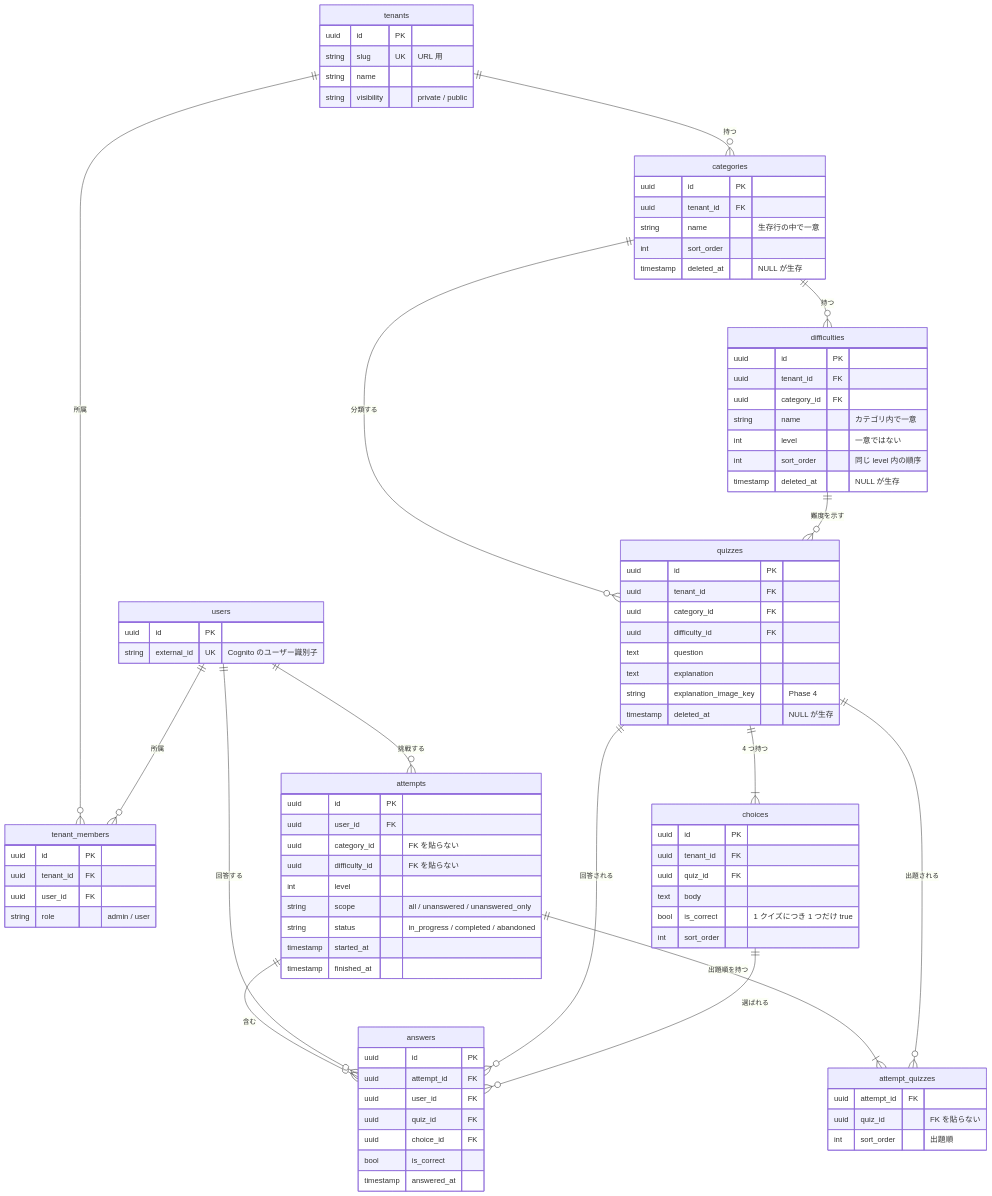
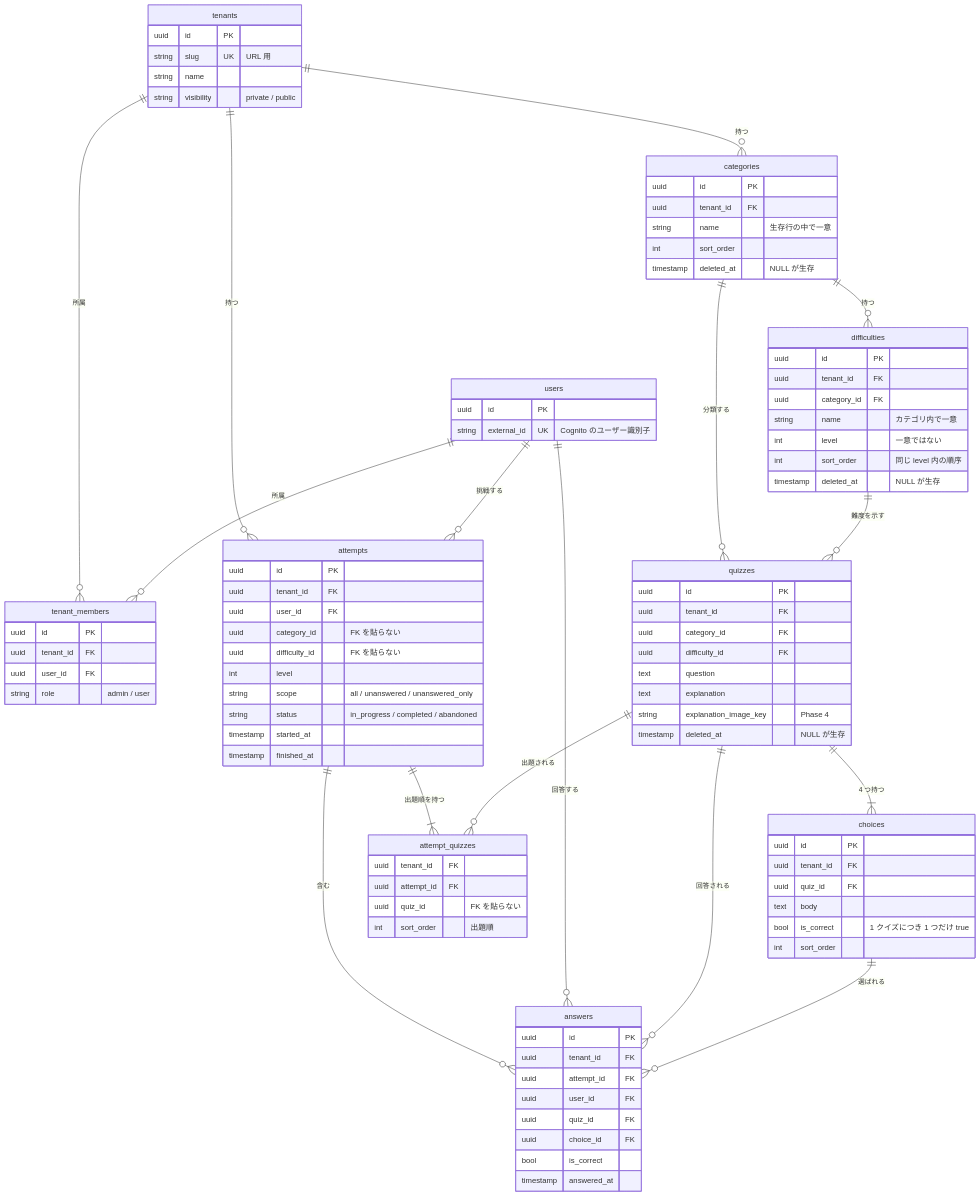
Before and after one commit to fujitamasayoshi0402/quiz-app: the diagram in docs/domain-model.md, drawn with Mermaid. The commit also changed other lines of this file and 7 other files, not shown here.

```diff
--- a/docs/domain-model.md
+++ b/docs/domain-model.md
@@ -273,6 +273,7 @@
     tenants ||--o{ tenant_members : "所属"
     users ||--o{ tenant_members : "所属"
     tenants ||--o{ categories : "持つ"
+    tenants ||--o{ attempts : "持つ"
     categories ||--o{ difficulties : "持つ"
     categories ||--o{ quizzes : "分類する"
     difficulties ||--o{ quizzes : "難度を示す"
@@ -337,6 +338,7 @@
     }
     attempts {
         uuid id PK
+        uuid tenant_id FK
         uuid user_id FK
         uuid category_id "FK を貼らない"
         uuid difficulty_id "FK を貼らない"
@@ -347,12 +349,14 @@
         timestamp finished_at
     }
     attempt_quizzes {
+        uuid tenant_id FK
         uuid attempt_id FK
         uuid quiz_id "FK を貼らない"
         int sort_order "出題順"
     }
     answers {
         uuid id PK
+        uuid tenant_id FK
         uuid attempt_id FK
         uuid user_id FK
         uuid quiz_id FK
```
